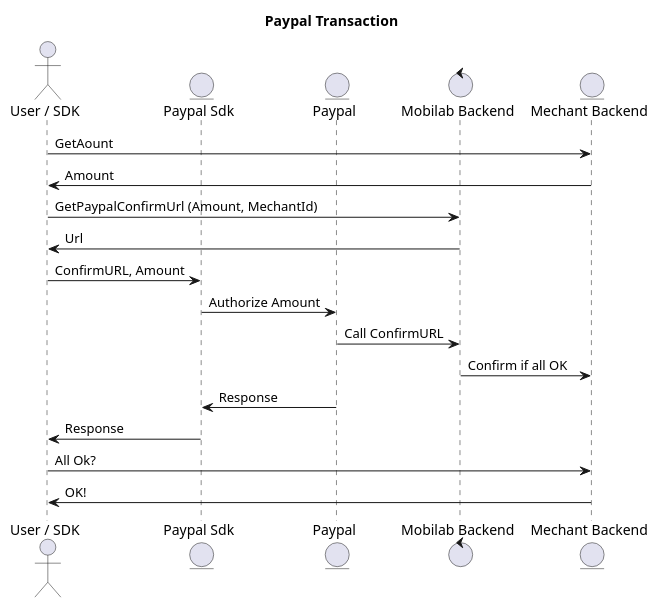
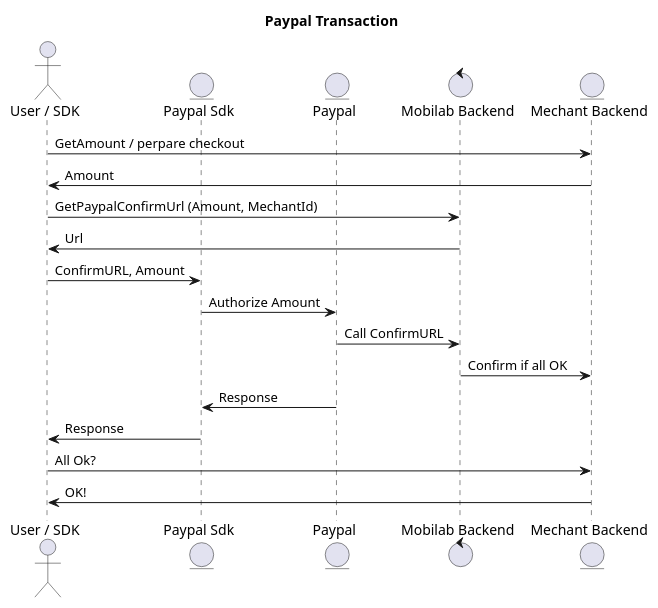
One commit to mobilabsolutions/stash-sdk-wiki changed the diagram in diagrams/paypal.wsd. Above: the diagram before and after it, drawn with PlantUML.

```diff
--- a/diagrams/paypal.wsd
+++ b/diagrams/paypal.wsd
@@ -1,23 +1,23 @@
 @startuml
 
 title "Paypal Transaction"
 
 actor "User / SDK" as User
 entity "Paypal Sdk" as PAS
 entity "Paypal" as PAB
 control "Mobilab Backend" as MBE
 entity "Mechant Backend" as MEC
 
-User -> MEC: GetAount
+User -> MEC: GetAmount / perpare checkout
 MEC -> User: Amount
 User -> MBE: GetPaypalConfirmUrl (Amount, MechantId)
 MBE -> User: Url
 User -> PAS: ConfirmURL, Amount
 PAS -> PAB: Authorize Amount
 PAB -> MBE: Call ConfirmURL
 MBE -> MEC: Confirm if all OK 
 PAB -> PAS: Response
 PAS -> User: Response
 User -> MEC: All Ok?
 MEC -> User: OK!
 @enduml
```
